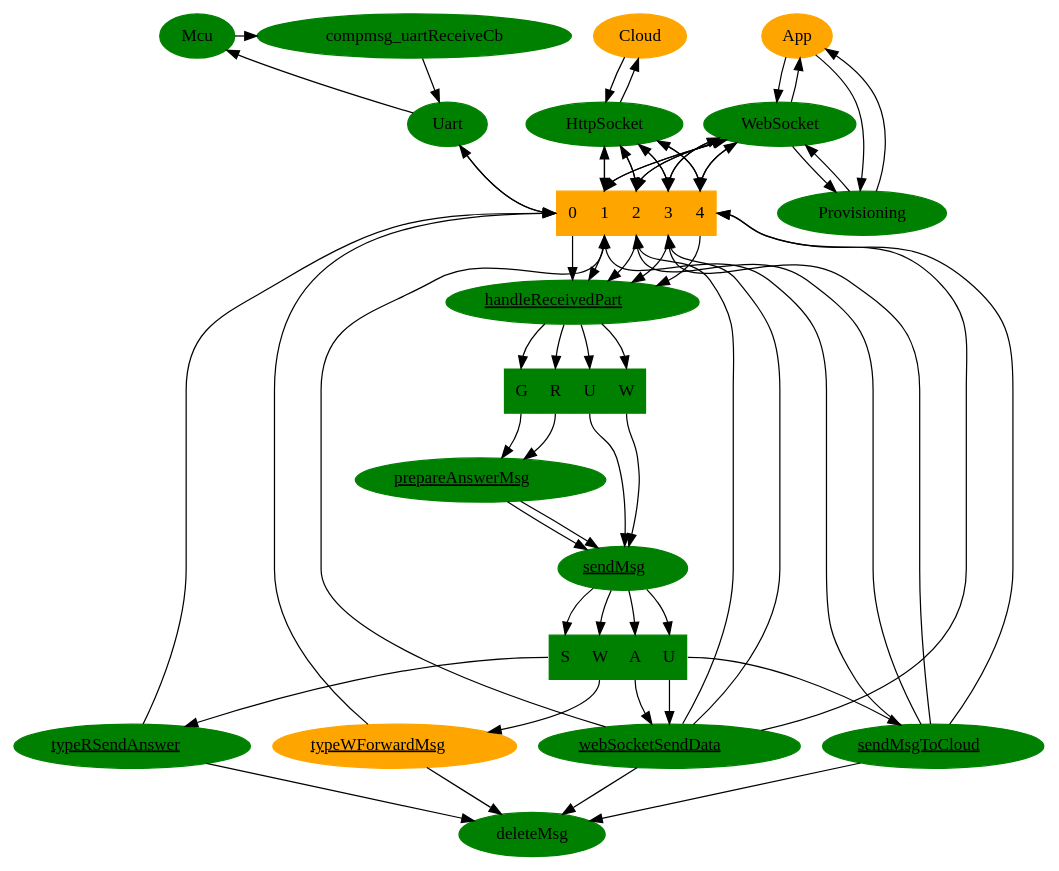
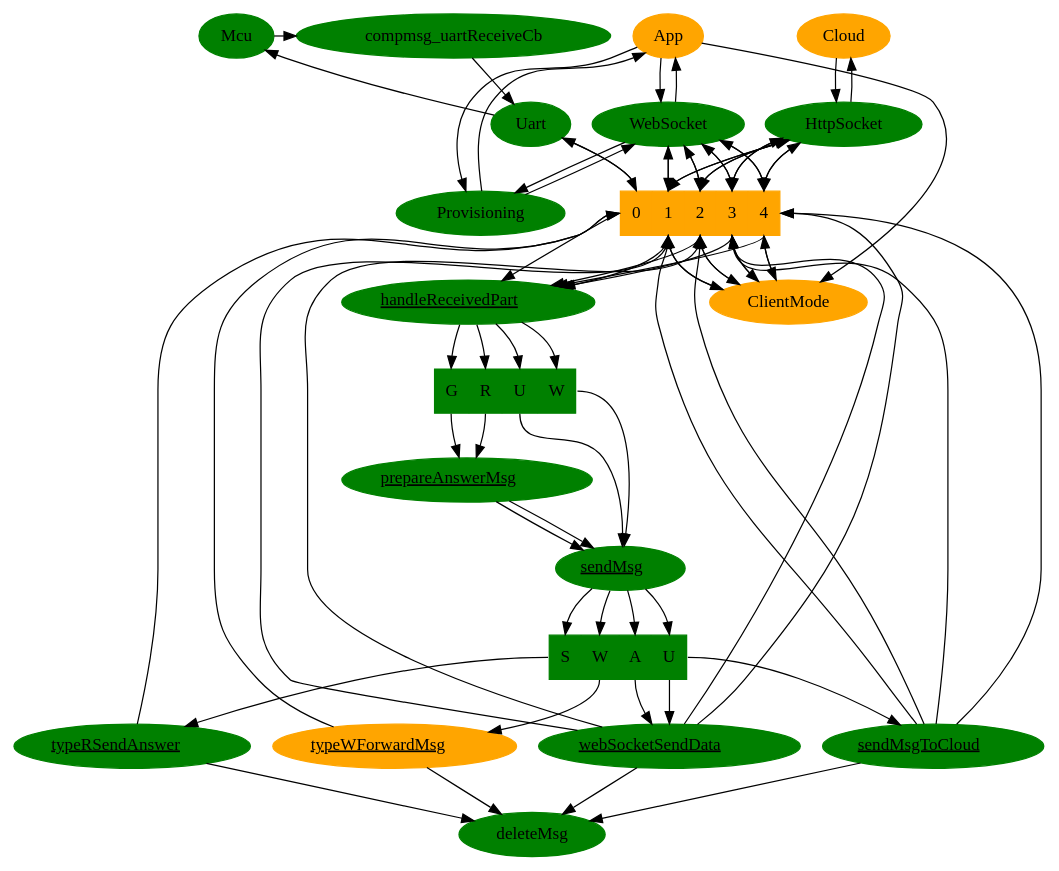
One commit to apwiede/nodemcu changed the diagram in dot_files/handleMsg.dot. Above: the diagram before and after it, drawn with Graphviz. The commit also changed 2 other files, not shown here.

```diff
--- a/dot_files/handleMsg.dot
+++ b/dot_files/handleMsg.dot
@@ -1,91 +1,101 @@
 digraph G1 {
   compmsg_uartReceiveCb[style="filled", color="green"];
   compmsg_uartReceiveCb -> Uart;
   Mcu[style="filled", color="green"];
   Mcu -> compmsg_uartReceiveCb;
   Queue [style="filled", color="orange", shape=record, label="<f0> 0|<f1> 1|<f2> 2|<f3> 3|<f4> 4"];
   Uart -> Queue:f0;
   Queue:f0 -> Uart;
   Uart -> Mcu;
   Uart[style="filled", color="green"];
   WebSocket[style="filled", color="green"];
+  ClientMode[style="filled", color="orange"];
   App[style="filled", color="orange"];
   App -> Provisioning;
   Provisioning[style="filled", color="green"];
   Provisioning -> WebSocket;
   Provisioning -> App;
   App -> WebSocket;
+  App -> ClientMode;
   WebSocket -> App;
   WebSocket -> Provisioning;
   WebSocket -> Queue:f1;
   WebSocket -> Queue:f2;
   WebSocket -> Queue:f3;
   WebSocket -> Queue:f4;
+  ClientMode -> Queue:f1;
+  ClientMode -> Queue:f2;
+  ClientMode -> Queue:f3;
+  ClientMode -> Queue:f4;
   Queue:f1 -> WebSocket;
   Queue:f2 -> WebSocket;
   Queue:f3 -> WebSocket;
   Queue:f4 -> WebSocket;
+  Queue:f1 -> ClientMode;
+  Queue:f2 -> ClientMode;
+  Queue:f3 -> ClientMode;
+  Queue:f4 -> ClientMode;
   Cloud[style="filled", color="orange"];
   Cloud -> HttpSocket;
   HttpSocket -> Cloud;
   HttpSocket[style="filled", color="green"];
   HttpSocket -> Queue:f1;
   HttpSocket -> Queue:f2;
   HttpSocket -> Queue:f3;
   HttpSocket -> Queue:f4;
   {rank=same; "compmsg_uartReceiveCb"; "Mcu"; "App"; "Cloud";}
   {rank=same; "Uart"; "WebSocket"; "HttpSocket";}
   Queue:f1 -> HttpSocket;
   Queue:f2 -> HttpSocket;
   Queue:f3 -> HttpSocket;
   Queue:f4 -> HttpSocket;
   Queue:f0 -> handleReceivedPart;
   Queue:f1 -> handleReceivedPart;
   Queue:f2 -> handleReceivedPart;
   Queue:f3 -> handleReceivedPart;
   Queue:f4 -> handleReceivedPart;
   handleReceivedPart[style="filled", color="green", label=<<u>handleReceivedPart</u>> URL="\ref grp_handleReceivedPart"];
   prepareAnswerMsg[style="filled", color="green", label=<<u>prepareAnswerMsg</u>> URL="\ref grp_prepareAnswerMsg"];
   receiveMsgSwitch [style="filled", color="green", shape=record, label="<f0> G|<f1> R|<f2> U|<f3> W"];
   handleReceivedPart -> receiveMsgSwitch:f0;
   handleReceivedPart -> receiveMsgSwitch:f1;
   handleReceivedPart -> receiveMsgSwitch:f2;
   handleReceivedPart -> receiveMsgSwitch:f3;
   receiveMsgSwitch:f0 -> prepareAnswerMsg;
   receiveMsgSwitch:f1 -> prepareAnswerMsg;
   prepareAnswerMsg -> sendMsg;
   prepareAnswerMsg -> sendMsg;
   receiveMsgSwitch:f2 -> sendMsg
   receiveMsgSwitch:f3 -> sendMsg
   sendMsg[style="filled", color="green", label=<<u>sendMsg</u>> URL="\ref sendMsg"];
   sendMsg -> sendMsgSwitch:f0;
   sendMsg -> sendMsgSwitch:f1;
   sendMsg -> sendMsgSwitch:f2
   sendMsg -> sendMsgSwitch:f3
   sendMsgSwitch [style="filled", color="green",shape=record, label="<f0> S|<f1> W|<f2> A|<f3> U"];
   sendMsgSwitch:f2 -> webSocketSendData;
   sendMsgSwitch:f0 -> typeRSendAnswer;
   sendMsgSwitch:f3 -> webSocketSendData;
   sendMsgSwitch:f3 -> sendCloudMsg;
   sendMsgSwitch:f1 -> typeWForwardMsg;
   typeRSendAnswer[style="filled", color="green", label=<<u>typeRSendAnswer</u>> URL="\ref typeRSendAnswer"];
   sendCloudMsg[style="filled", color="green", label=<<u>sendMsgToCloud</u>> URL="\ref grp_sendCloudMsg"];
   webSocketSendData[style="filled", color="green", label=<<u>webSocketSendData</u>> URL="\ref webSocketSendData"];
   webSocketSendData -> Queue:f1;
   webSocketSendData -> Queue:f2;
   webSocketSendData -> Queue:f3;
   webSocketSendData -> Queue:f4;
   sendCloudMsg -> Queue:f1;
   sendCloudMsg -> Queue:f2;
   sendCloudMsg -> Queue:f3;
   sendCloudMsg -> Queue:f4;
   {rank=same; "typeRSendAnswer"; "typeWForwardMsg"; "webSocketSendData"; "sendCloudMsg";}
   typeWForwardMsg[style="filled", color="orange", label=<<u>typeWForwardMsg</u>> URL="\ref forwardMsg"];
   typeRSendAnswer -> Queue:f0;
   typeWForwardMsg -> Queue:f0;
   typeRSendAnswer -> deleteMsg;
   typeWForwardMsg -> deleteMsg;
   deleteMsg[style="filled", color="green"];
   sendCloudMsg -> deleteMsg;
   webSocketSendData -> deleteMsg;
 }
```
